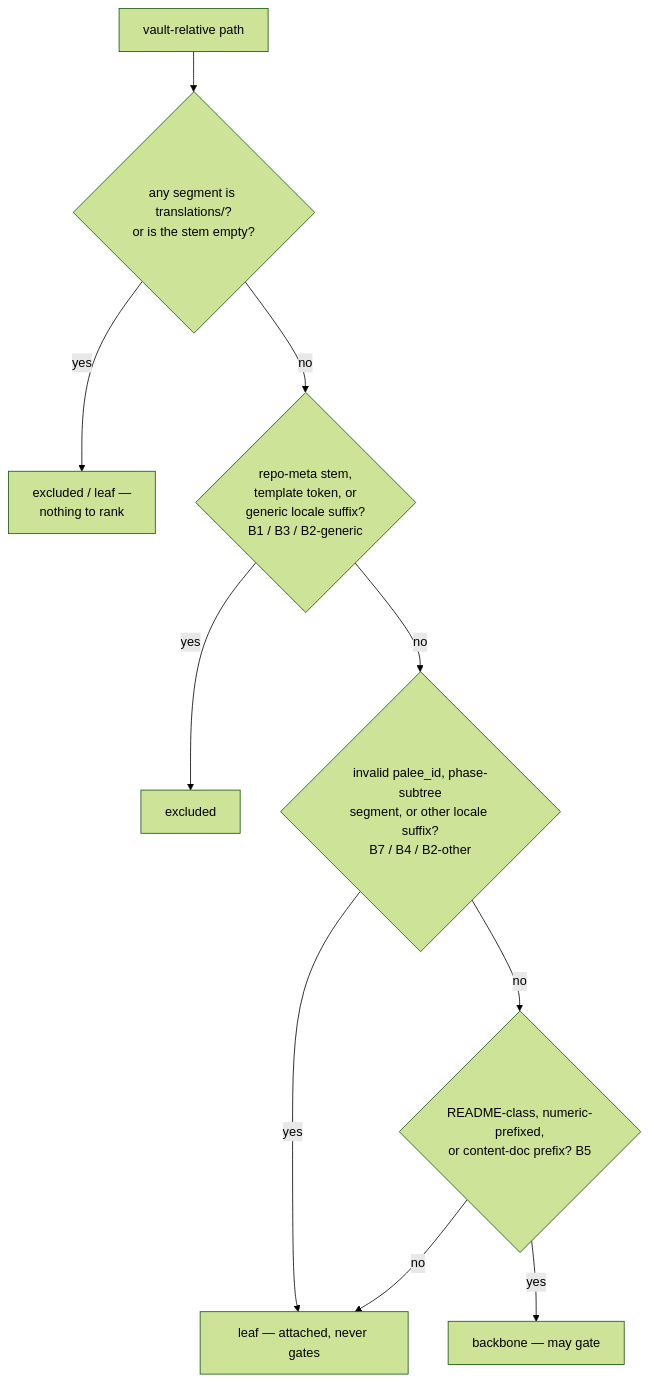
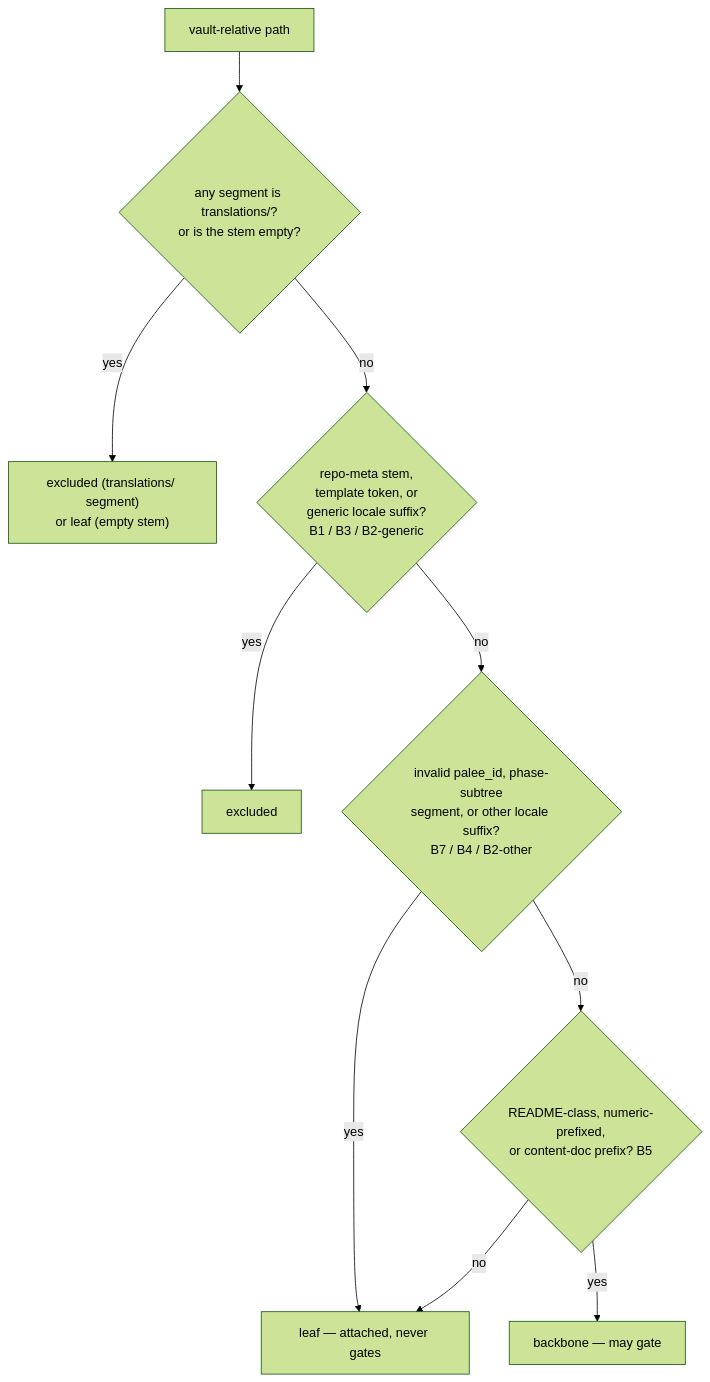
The diagram in docs/adr/0010-tier0-hygiene-classification.md (Kuldeep2822k/cli), drawn with Mermaid (forest theme) before and after one commit. The commit also changed other lines of this file, not shown here.

Commit message:
docs(adr): correct the guide-js claim and the classifier box label in ADR-0010
Two corrections from review:

- The tradeoff bullet quoted the *old* docstring claim that
  guide-js.md 'stays a content doc / on the backbone' as if it were
  current. #214 corrected those docstrings: the collision arm only
  stops a note being read as a translation, and guide-js.md is a leaf
  either way — an unnumbered non-content sibling. The no-op
  conclusion stands, the stated mechanism was inverted.
- The first mermaid box merged the translations/ (excluded) and
  empty-stem (leaf) outcomes into one label; name both classes
  explicitly since the text distinguishes them.

````diff
--- a/docs/adr/0010-tier0-hygiene-classification.md
+++ b/docs/adr/0010-tier0-hygiene-classification.md
@@ -17,12 +17,12 @@
 ```mermaid
 flowchart TD
     A["vault-relative path"] --> B{"any segment is translations/?<br/>or is the stem empty?"}
-    B -->|yes| C["excluded / leaf —<br/>nothing to rank"]
+    B -->|yes| C["excluded (translations/ segment)<br/>or leaf (empty stem)"]
     B -->|no| D{"repo-meta stem,<br/>template token, or<br/>generic locale suffix?<br/>B1 / B3 / B2-generic"}
     D -->|yes| E["excluded"]
     D -->|no| F{"invalid palee_id, phase-subtree<br/>segment, or other locale suffix?<br/>B7 / B4 / B2-other"}
     F -->|yes| I["leaf — attached, never gates"]
     F -->|no| G{"README-class, numeric-prefixed,<br/>or content-doc prefix? B5"}
     G -->|yes| H["backbone — may gate"]
     G -->|no| I
 ```
````
